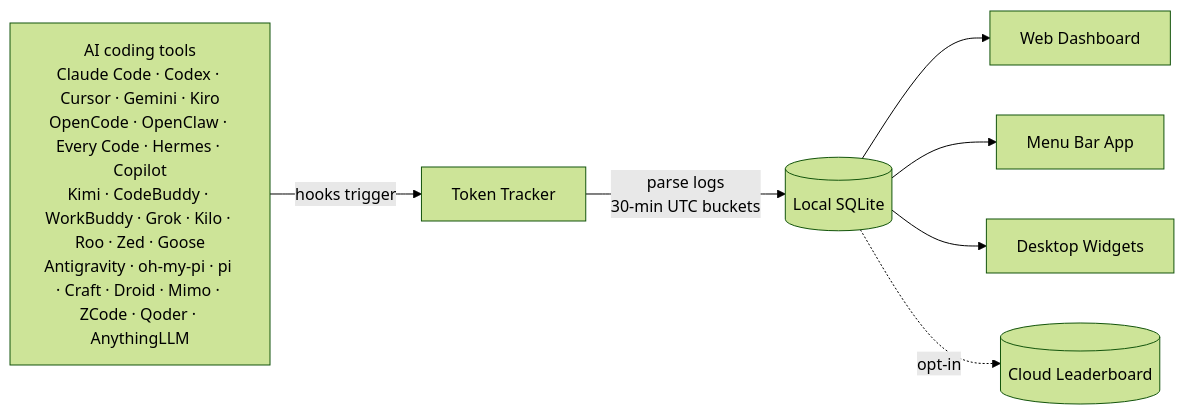
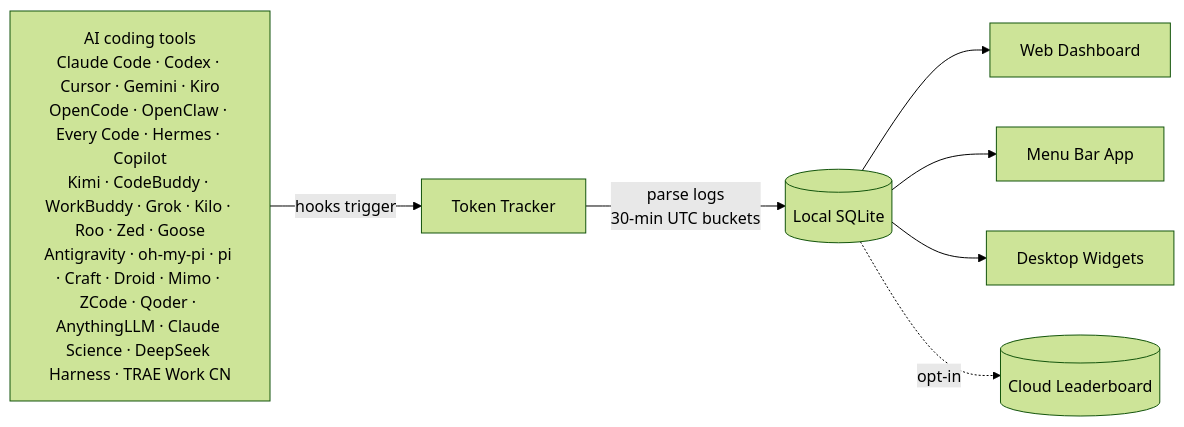
Before and after one commit to CrazyForks/TokenTracker: the diagram in README.ja.md, drawn with Mermaid (forest theme). The commit also changed other lines of this file and 43 other files, not shown here.

First line of the commit message:
feat: 支持 TRAE Work CN Token 统计 (#474)

````diff
--- a/README.ja.md
+++ b/README.ja.md
@@ -228,10 +231,10 @@
 ```mermaid
 flowchart LR
-    A["AI coding tools<br/>Claude Code · Codex · Cursor · Gemini · Kiro<br/>OpenCode · OpenClaw · Every Code · Hermes · Copilot<br/>Kimi · CodeBuddy · WorkBuddy · Grok · Kilo · Roo · Zed · Goose<br/>Antigravity · oh-my-pi · pi · Craft · Droid · Mimo · ZCode · Qoder · AnythingLLM"]
+    A["AI coding tools<br/>Claude Code · Codex · Cursor · Gemini · Kiro<br/>OpenCode · OpenClaw · Every Code · Hermes · Copilot<br/>Kimi · CodeBuddy · WorkBuddy · Grok · Kilo · Roo · Zed · Goose<br/>Antigravity · oh-my-pi · pi · Craft · Droid · Mimo · ZCode · Qoder · AnythingLLM · Claude Science · DeepSeek Harness · TRAE Work CN"]
     A -->|hooks trigger| B[Token Tracker]
     B -->|parse logs<br/>30-min UTC buckets| C[(Local SQLite)]
     C --> D[Web Dashboard]
     C --> E[Menu Bar App]
     C --> F[Desktop Widgets]
     C -.->|opt-in| G[(Cloud Leaderboard)]
 ```
````
